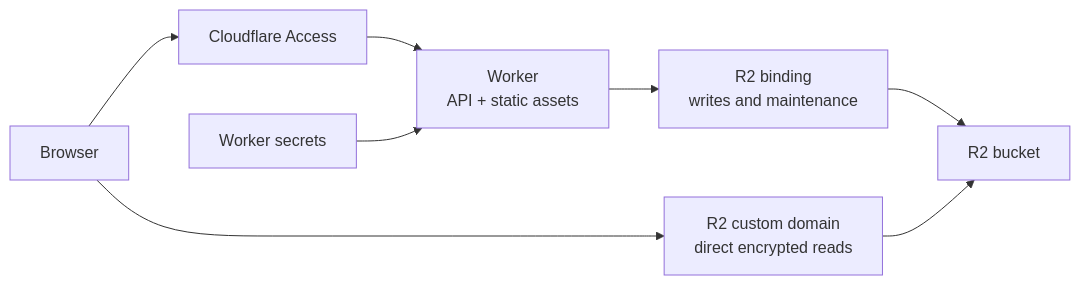
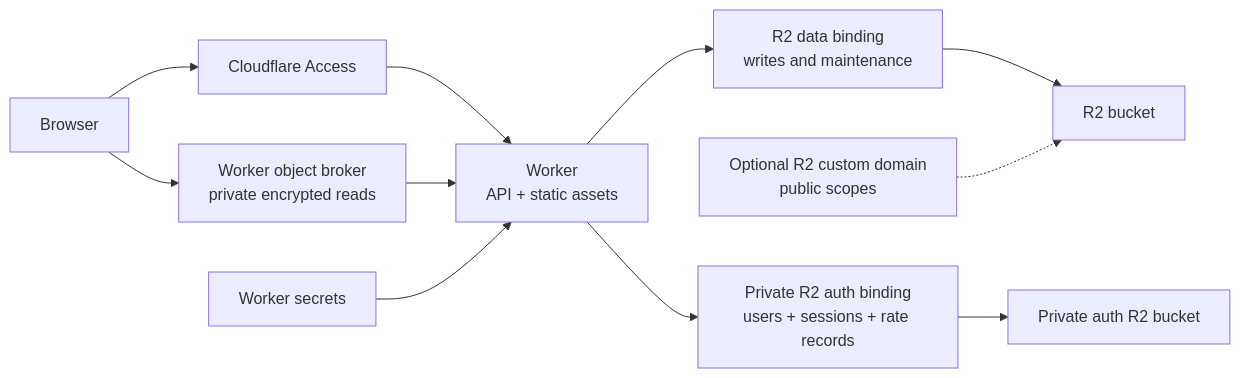
One commit to Jason-Doyle/thimble changed the sixth of 7 diagrams in docs/DIAGRAMS.md. Above: the diagram before and after it, drawn with Mermaid. The commit also changed other lines of this file and 47 other files, not shown here.

````diff
--- a/docs/DIAGRAMS.md
+++ b/docs/DIAGRAMS.md
@@ -183,18 +189,24 @@
 ```mermaid
 flowchart LR
   Browser["Browser"]
   Access["Cloudflare Access"]
   Worker["Worker<br/>API + static assets"]
-  R2Binding["R2 binding<br/>writes and maintenance"]
-  R2Domain["R2 custom domain<br/>direct encrypted reads"]
+  R2Binding["R2 data binding<br/>writes and maintenance"]
+  AuthBinding["Private R2 auth binding<br/>users + sessions + rate records"]
+  ReadBroker["Worker object broker<br/>private encrypted reads"]
+  PublicDomain["Optional R2 custom domain<br/>public scopes"]
   R2["R2 bucket"]
+  AuthR2["Private auth R2 bucket"]
   Secrets["Worker secrets"]
 
   Browser --> Access
   Access --> Worker
-  Browser --> R2Domain
+  Browser --> ReadBroker
   Worker --> R2Binding
+  Worker --> AuthBinding
+  ReadBroker --> Worker
   R2Binding --> R2
-  R2Domain --> R2
+  AuthBinding --> AuthR2
+  PublicDomain -.-> R2
   Secrets --> Worker
 ```
````
